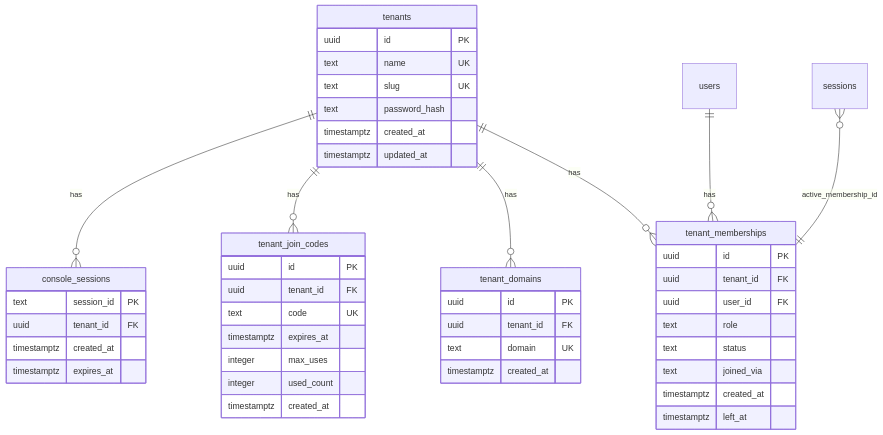
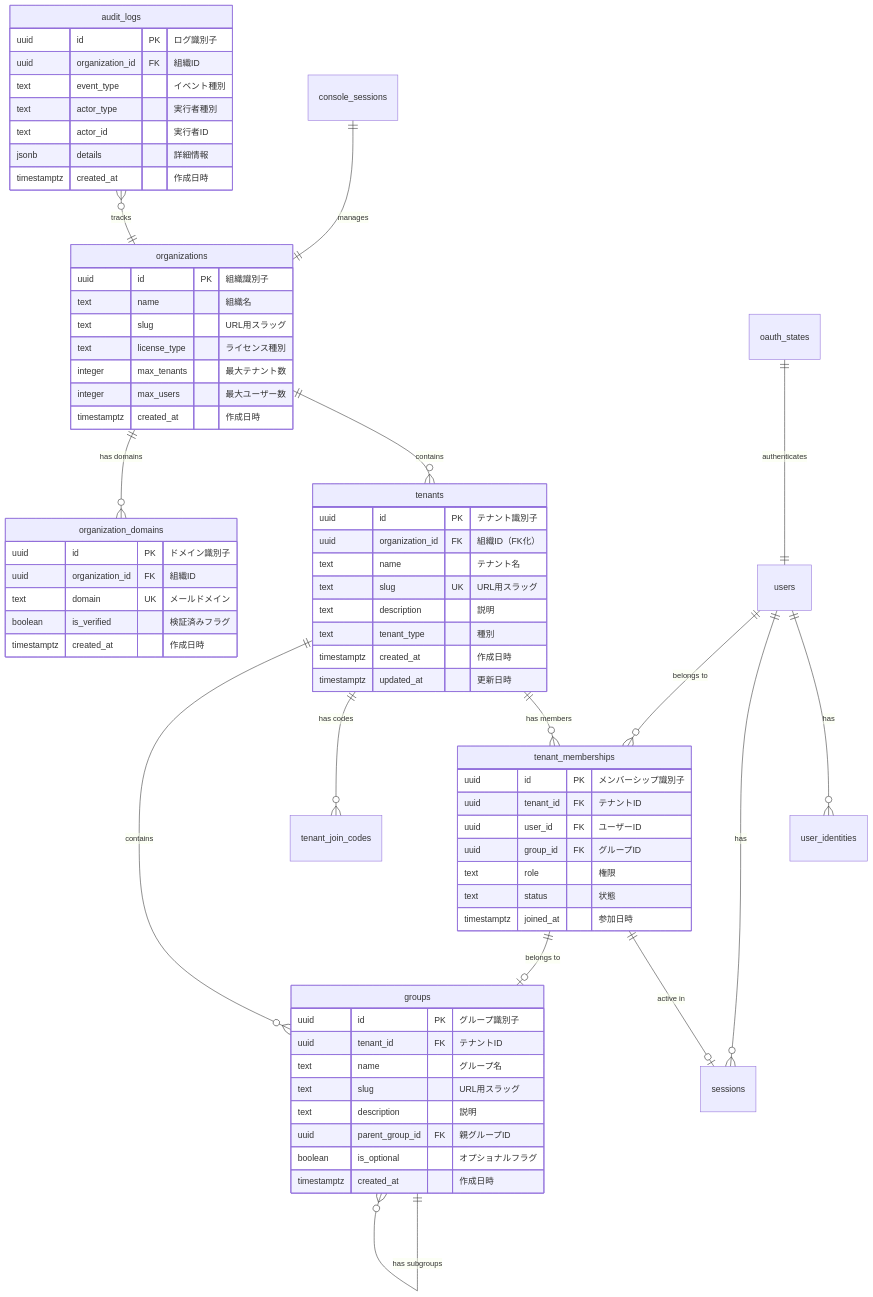
The seventh of 7 diagrams in docs/all_docs.md (shibayama-club/keyhub), drawn with Mermaid before and after one commit. The commit also changed other lines of this file, not shown here.

````diff
--- a/docs/all_docs.md
+++ b/docs/all_docs.md
@@ -325,53 +329,83 @@
 ```mermaid
 erDiagram
-  tenants {
-    uuid id PK
-    text name UK
-    text slug UK
-    text password_hash
-    timestamptz created_at
-    timestamptz updated_at
-  }
+    users ||--o{ user_identities : "has"
+    users ||--o{ sessions : "has"
+    users ||--o{ tenant_memberships : "belongs to"
 
-  tenant_domains {
-    uuid id PK
-    uuid tenant_id FK
-    text domain UK
-    timestamptz created_at
-  }
+    organizations ||--o{ tenants : "contains"
+    organizations ||--o{ organization_domains : "has domains"
 
-  tenant_join_codes {
-    uuid id PK
-    uuid tenant_id FK
-    text code UK
-    timestamptz expires_at
-    integer max_uses
-    integer used_count
-    timestamptz created_at
-  }
+    tenants ||--o{ tenant_memberships : "has members"
+    tenants ||--o{ tenant_join_codes : "has codes"
+    tenants ||--o{ groups : "contains"
 
-  tenant_memberships {
-    uuid id PK
-    uuid tenant_id FK
-    uuid user_id FK
-    text role
-    text status
-    text joined_via
-    timestamptz created_at
-    timestamptz left_at
-  }
+    tenant_memberships ||--o| sessions : "active in"
+    tenant_memberships ||--o| groups : "belongs to"
 
-  console_sessions {
-    text session_id PK
-    uuid tenant_id FK
-    timestamptz created_at
-    timestamptz expires_at
-  }
+    groups ||--o{ groups : "has subgroups"
 
-  tenants ||--o{ tenant_domains : has
-  tenants ||--o{ tenant_join_codes : has
-  tenants ||--o{ tenant_memberships : has
-  users ||--o{ tenant_memberships : has
-  tenants ||--o{ console_sessions : has
-  sessions }o--|| tenant_memberships : active_membership_id
+    oauth_states ||--|| users : "authenticates"
+    console_sessions ||--|| organizations : "manages"
+
+    audit_logs }o--|| organizations : "tracks"
+
+    organizations {
+        uuid id PK "組織識別子"
+        text name "組織名"
+        text slug "URL用スラッグ"
+        text license_type "ライセンス種別"
+        integer max_tenants "最大テナント数"
+        integer max_users "最大ユーザー数"
+        timestamptz created_at "作成日時"
+    }
+
+    organization_domains {
+        uuid id PK "ドメイン識別子"
+        uuid organization_id FK "組織ID"
+        text domain UK "メールドメイン"
+        boolean is_verified "検証済みフラグ"
+        timestamptz created_at "作成日時"
+    }
+
+    tenants {
+        uuid id PK "テナント識別子"
+        uuid organization_id FK "組織ID（FK化）"
+        text name "テナント名"
+        text slug UK "URL用スラッグ"
+        text description "説明"
+        text tenant_type "種別"
+        timestamptz created_at "作成日時"
+        timestamptz updated_at "更新日時"
+    }
+
+    groups {
+        uuid id PK "グループ識別子"
+        uuid tenant_id FK "テナントID"
+        text name "グループ名"
+        text slug "URL用スラッグ"
+        text description "説明"
+        uuid parent_group_id FK "親グループID"
+        boolean is_optional "オプショナルフラグ"
+        timestamptz created_at "作成日時"
+    }
+
+    tenant_memberships {
+        uuid id PK "メンバーシップ識別子"
+        uuid tenant_id FK "テナントID"
+        uuid user_id FK "ユーザーID"
+        uuid group_id FK "グループID"
+        text role "権限"
+        text status "状態"
+        timestamptz joined_at "参加日時"
+    }
+
+    audit_logs {
+        uuid id PK "ログ識別子"
+        uuid organization_id FK "組織ID"
+        text event_type "イベント種別"
+        text actor_type "実行者種別"
+        text actor_id "実行者ID"
+        jsonb details "詳細情報"
+        timestamptz created_at "作成日時"
+    }
 ```
````
